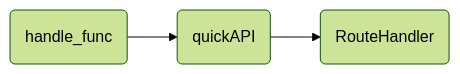
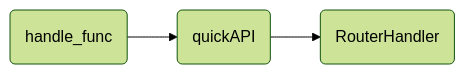
Before and after one commit to enji-hex/quickAPI: the diagram in README.md, drawn with Mermaid (forest theme). The commit also changed other lines of this file, not shown here.

````diff
--- a/README.md
+++ b/README.md
@@ -25,4 +48,4 @@
 ```mermaid
 flowchart LR
-H(handle_func) --> Q(quickAPI) --> R(RouteHandler)
+H(handle_func) --> Q(quickAPI) --> R(RouterHandler)
 ```
````
